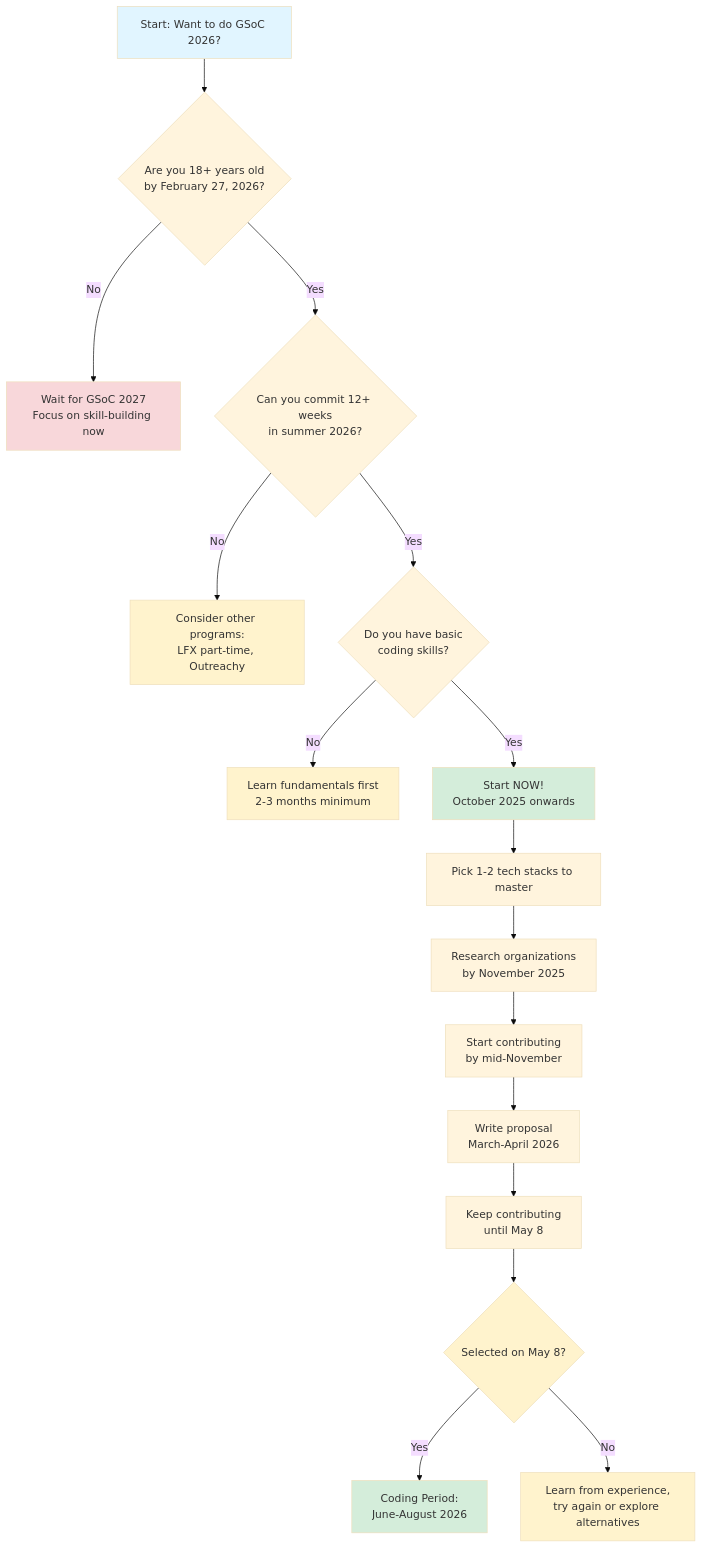
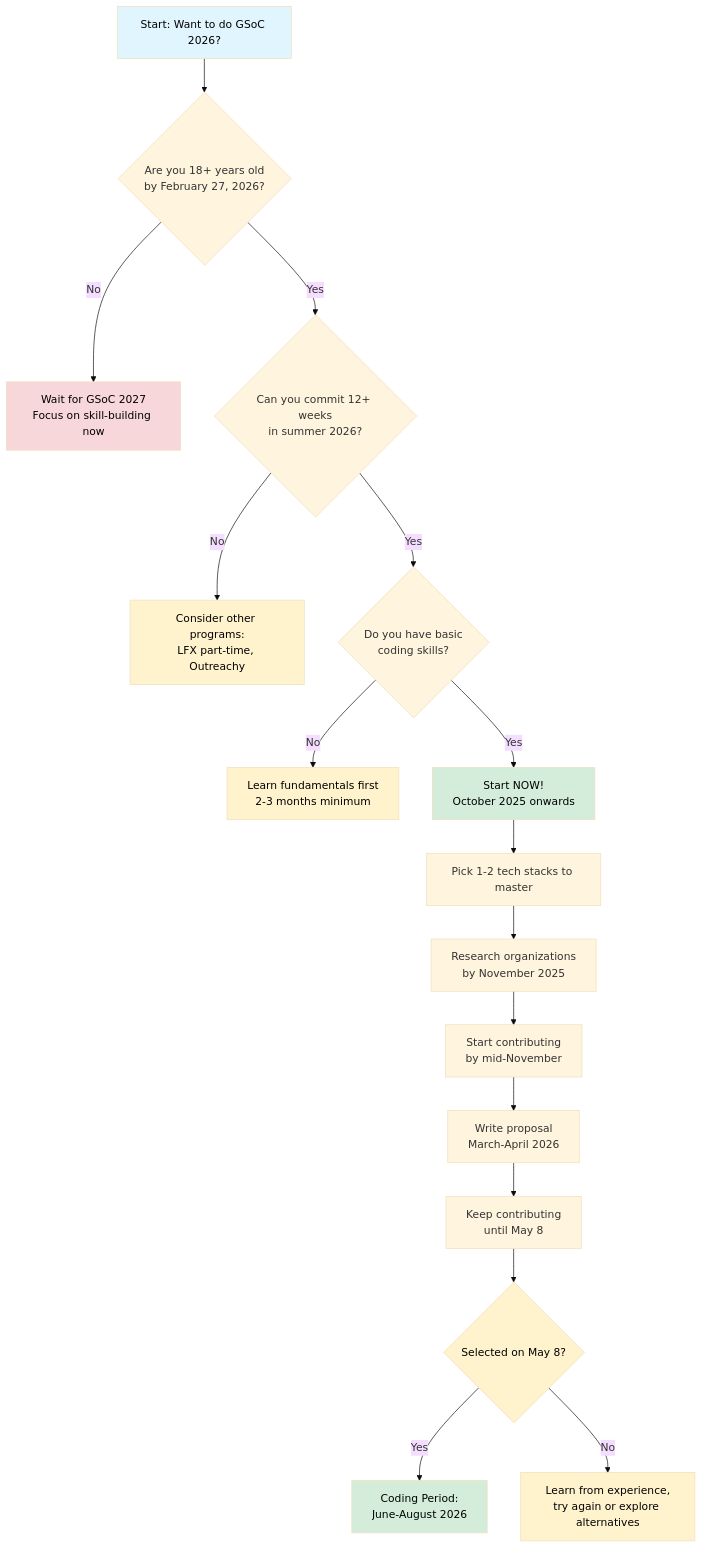
One commit to rsrini7/Learnings changed the first of 3 diagrams in News/India-GSoc-2026-Extended.md. Above: the diagram before and after it, drawn with Mermaid (base theme). The commit also changed other lines of this file, not shown here.

First line of the commit message:
style(docs): update diagram node colors for better readability

````diff
--- a/News/India-GSoc-2026-Extended.md
+++ b/News/India-GSoc-2026-Extended.md
@@ -352,27 +352,27 @@
 ```mermaid
 graph TD
     A[Start: Want to do GSoC 2026?] --> B{Are you 18+ years old<br/>by February 27, 2026?}
     B -->|No| C[Wait for GSoC 2027<br/>Focus on skill-building now]
     B -->|Yes| D{Can you commit 12+ weeks<br/>in summer 2026?}
     D -->|No| E[Consider other programs:<br/>LFX part-time, Outreachy]
     D -->|Yes| F{Do you have basic<br/>coding skills?}
     F -->|No| G[Learn fundamentals first<br/>2-3 months minimum]
     F -->|Yes| H[Start NOW!<br/>October 2025 onwards]
     H --> I[Pick 1-2 tech stacks to master]
     I --> J[Research organizations<br/>by November 2025]
     J --> K[Start contributing<br/>by mid-November]
     K --> L[Write proposal<br/>March-April 2026]
     L --> M[Keep contributing<br/>until May 8]
     M --> N{Selected on May 8?}
     N -->|Yes| O[Coding Period:<br/>June-August 2026]
     N -->|No| P[Learn from experience,<br/>try again or explore alternatives]
     
-    style A fill:#e1f5ff
-    style H fill:#d4edda
-    style N fill:#fff3cd
-    style O fill:#d4edda
-    style C fill:#f8d7da
-    style E fill:#fff3cd
-    style G fill:#fff3cd
-    style P fill:#fff3cd
+    style A fill:#e1f5ff,color:#000
+    style H fill:#d4edda,color:#000
+    style N fill:#fff3cd,color:#000
+    style O fill:#d4edda,color:#000
+    style C fill:#f8d7da,color:#000
+    style E fill:#fff3cd,color:#000
+    style G fill:#fff3cd,color:#000
+    style P fill:#fff3cd,color:#000
 ```
````
